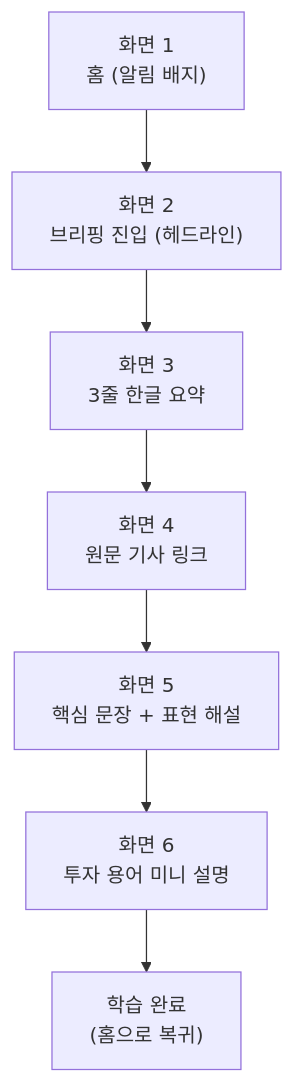
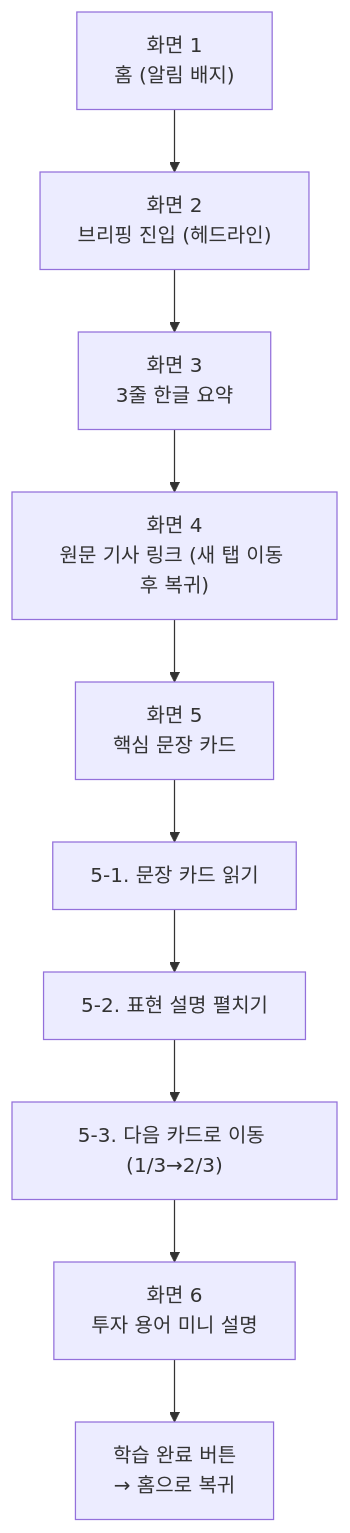
One commit to Mureung1/hub-showcase changed the diagram in docs/plan.md. Above: the diagram before and after it, drawn with Mermaid. The commit also changed other lines of this file and 1 other file, not shown here.

````diff
--- a/docs/plan.md
+++ b/docs/plan.md
@@ -40,9 +76,12 @@
 ```mermaid
 flowchart TD
     A["화면 1<br/>홈 (알림 배지)"] --> B["화면 2<br/>브리핑 진입 (헤드라인)"]
     B --> C["화면 3<br/>3줄 한글 요약"]
-    C --> D["화면 4<br/>원문 기사 링크"]
-    D --> E["화면 5<br/>핵심 문장 + 표현 해설"]
-    E --> F["화면 6<br/>투자 용어 미니 설명"]
-    F --> G["학습 완료<br/>(홈으로 복귀)"]
+    C --> D["화면 4<br/>원문 기사 링크 (새 탭 이동 후 복귀)"]
+    D --> E["화면 5<br/>핵심 문장 카드"]
+    E --> E1["5-1. 문장 카드 읽기"]
+    E1 --> E2["5-2. 표현 설명 펼치기"]
+    E2 --> E3["5-3. 다음 카드로 이동 (1/3→2/3)"]
+    E3 --> F["화면 6<br/>투자 용어 미니 설명"]
+    F --> G["학습 완료 버튼<br/>→ 홈으로 복귀"]
 ```
````
